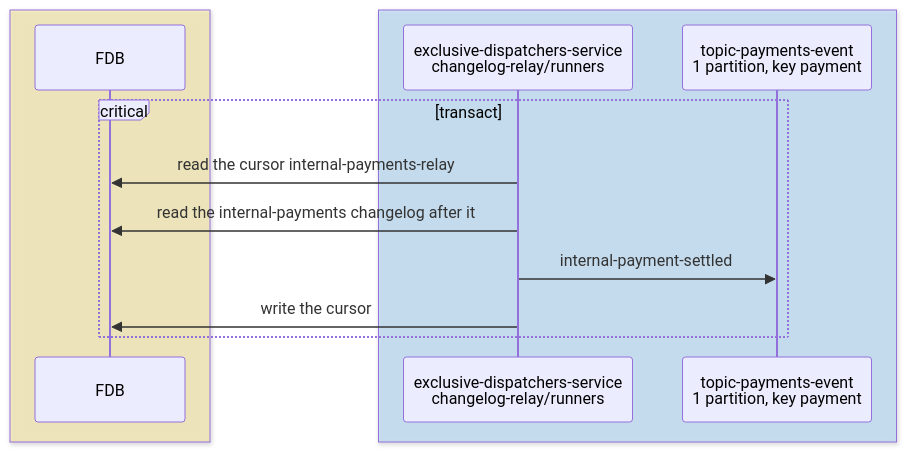
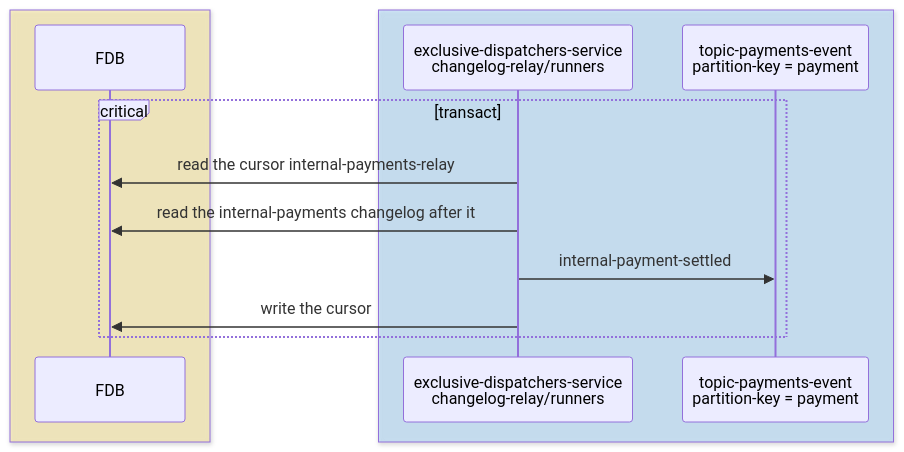
Before and after one commit to repldriven/queenswood: the third of 7 diagrams in docs/tdd/payments-internal.md, drawn with Mermaid. The commit also changed other lines of this file, not shown here.

Commit message:
Name each topic's partition key rather than its partition count

````diff
--- a/docs/tdd/payments-internal.md
+++ b/docs/tdd/payments-internal.md
@@ -189,16 +185,16 @@
 ```mermaid
 sequenceDiagram
     box rgba(255, 236, 153, 0.5)
     participant DB as FDB
     end
     box rgba(165, 216, 255, 0.45)
     participant RR as exclusive-dispatchers-service<br/>changelog-relay/runners
-    participant PE as topic-payments-event<br/>1 partition, key payment
+    participant PE as topic-payments-event<br/>partition-key = payment
     end
     critical transact
     RR->>DB: read the cursor internal-payments-relay
     RR->>DB: read the internal-payments changelog after it
     RR->>PE: internal-payment-settled
     RR->>DB: write the cursor
     end
 ```
````
